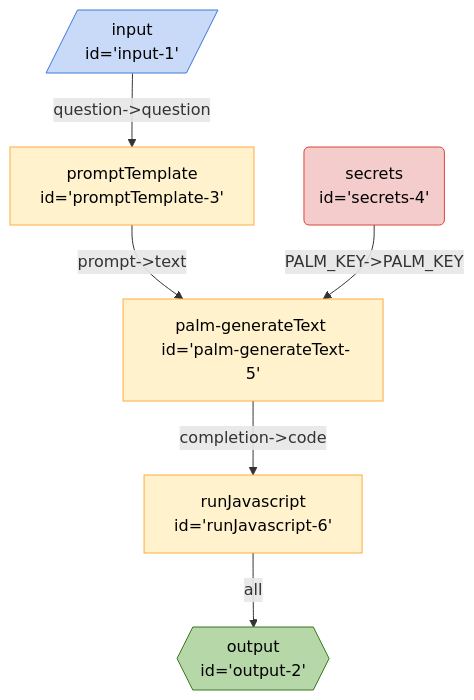
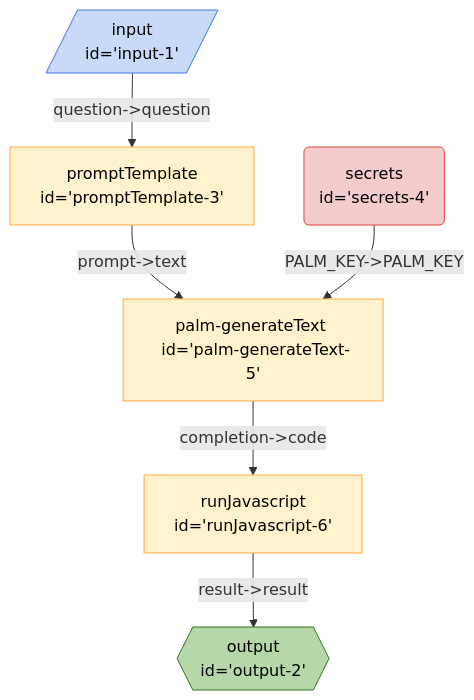
The diagram in seeds/breadboard-web/docs/graphs/new/math-imperative.md (breadboard-ai/breadboard), drawn with Mermaid before and after one commit. The commit also changed 19 other files, not shown here.

````diff
--- a/seeds/breadboard-web/docs/graphs/new/math-imperative.md
+++ b/seeds/breadboard-web/docs/graphs/new/math-imperative.md
@@ -3,17 +3,17 @@
 ```mermaid
 %%{init: 'themeVariables': { 'fontFamily': 'Fira Code, monospace' }}%%
 graph TD;
-runJavascript6["runJavascript <br> id='runJavascript-6'"] -- all --> output2{{"output <br> id='output-2'"}}:::output
+runJavascript6["runJavascript <br> id='runJavascript-6'"] -- "result->result" --> output2{{"output <br> id='output-2'"}}:::output
 palmgenerateText5["palm-generateText <br> id='palm-generateText-5'"] -- "completion->code" --> runJavascript6["runJavascript <br> id='runJavascript-6'"]
 promptTemplate3["promptTemplate <br> id='promptTemplate-3'"] -- "prompt->text" --> palmgenerateText5["palm-generateText <br> id='palm-generateText-5'"]
 secrets4("secrets <br> id='secrets-4'"):::secrets -- "PALM_KEY->PALM_KEY" --> palmgenerateText5["palm-generateText <br> id='palm-generateText-5'"]
 input1[/"input <br> id='input-1'"/]:::input -- "question->question" --> promptTemplate3["promptTemplate <br> id='promptTemplate-3'"]
 classDef default stroke:#ffab40,fill:#fff2ccff,color:#000
 classDef input stroke:#3c78d8,fill:#c9daf8ff,color:#000
 classDef output stroke:#38761d,fill:#b6d7a8ff,color:#000
 classDef passthrough stroke:#a64d79,fill:#ead1dcff,color:#000
 classDef slot stroke:#a64d79,fill:#ead1dcff,color:#000
 classDef config stroke:#a64d79,fill:#ead1dcff,color:#000
 classDef secrets stroke:#db4437,fill:#f4cccc,color:#000
 classDef slotted stroke:#a64d79
 ```
````
